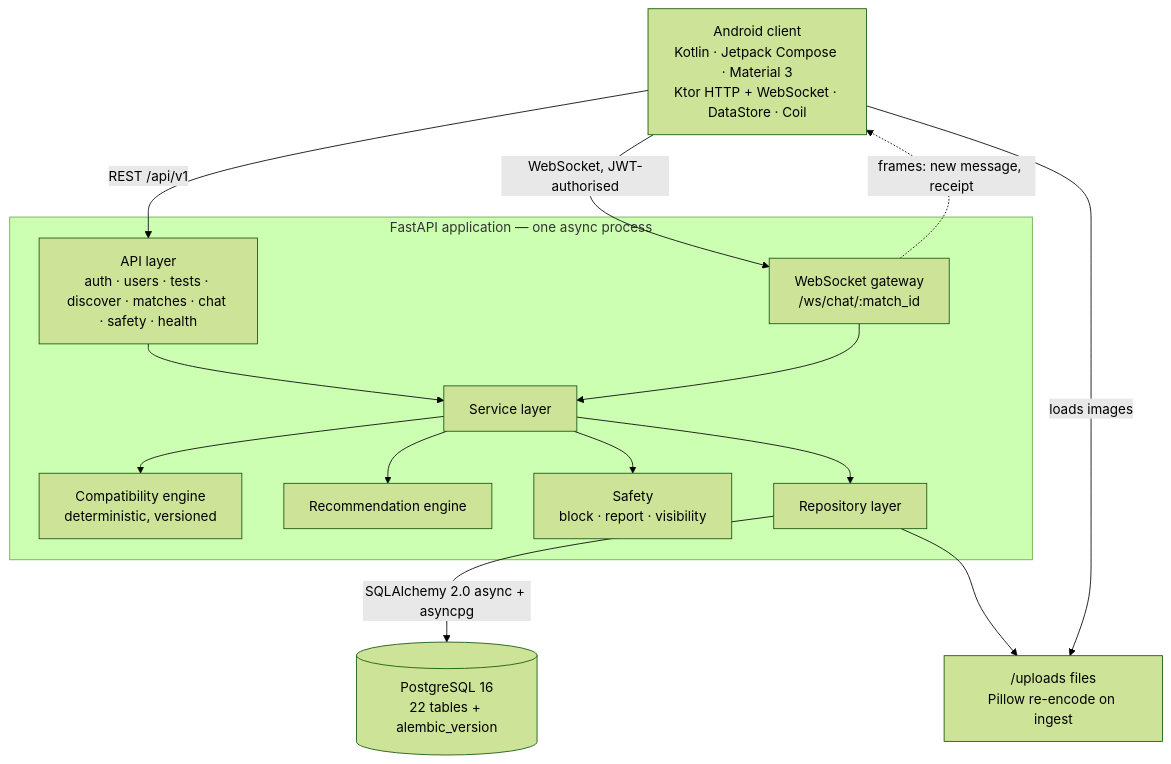
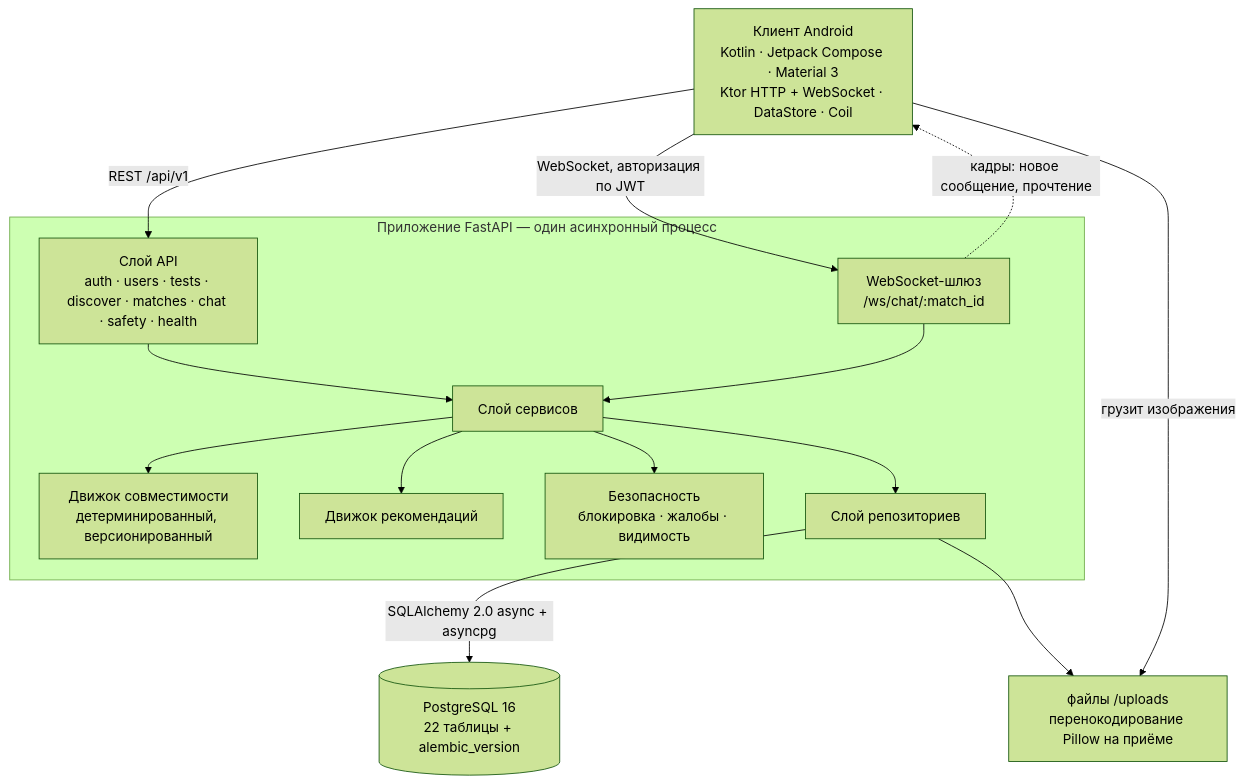
The diagram in README.md (Andrew05812/BeFoS), drawn with Mermaid (forest theme) before and after one commit. The commit also changed other lines of this file, not shown here.

````diff
--- a/README.md
+++ b/README.md
@@ -153,27 +152,27 @@
 ```mermaid
 flowchart TD
-    A["Android client<br/>Kotlin · Jetpack Compose · Material 3<br/>Ktor HTTP + WebSocket · DataStore · Coil"]
+    A["Клиент Android<br/>Kotlin · Jetpack Compose · Material 3<br/>Ktor HTTP + WebSocket · DataStore · Coil"]
 
-    subgraph BE["FastAPI application — one async process"]
-        API["API layer<br/>auth · users · tests · discover · matches · chat · safety · health"]
-        WS["WebSocket gateway<br/>/ws/chat/:match_id"]
-        SVC["Service layer"]
-        CE["Compatibility engine<br/>deterministic, versioned"]
-        RE["Recommendation engine"]
-        SF["Safety<br/>block · report · visibility"]
-        REPO["Repository layer"]
+    subgraph BE["Приложение FastAPI — один асинхронный процесс"]
+        API["Слой API<br/>auth · users · tests · discover · matches · chat · safety · health"]
+        WS["WebSocket-шлюз<br/>/ws/chat/:match_id"]
+        SVC["Слой сервисов"]
+        CE["Движок совместимости<br/>детерминированный, версионированный"]
+        RE["Движок рекомендаций"]
+        SF["Безопасность<br/>блокировка · жалобы · видимость"]
+        REPO["Слой репозиториев"]
         API --> SVC
         WS --> SVC
         SVC --> CE
         SVC --> RE
         SVC --> SF
         SVC --> REPO
     end
 
     A -->|"REST /api/v1"| API
-    A -->|"WebSocket, JWT-authorised"| WS
-    WS -.->|"frames: new message, receipt"| A
-    REPO -->|"SQLAlchemy 2.0 async + asyncpg"| DB[("PostgreSQL 16<br/>22 tables + alembic_version")]
-    REPO --> FS["/uploads files<br/>Pillow re-encode on ingest"]
-    A -->|"loads images"| FS
+    A -->|"WebSocket, авторизация по JWT"| WS
+    WS -.->|"кадры: новое сообщение, прочтение"| A
+    REPO -->|"SQLAlchemy 2.0 async + asyncpg"| DB[("PostgreSQL 16<br/>22 таблицы + alembic_version")]
+    REPO --> FS["файлы /uploads<br/>перенокодирование Pillow на приёме"]
+    A -->|"грузит изображения"| FS
 ```
````
